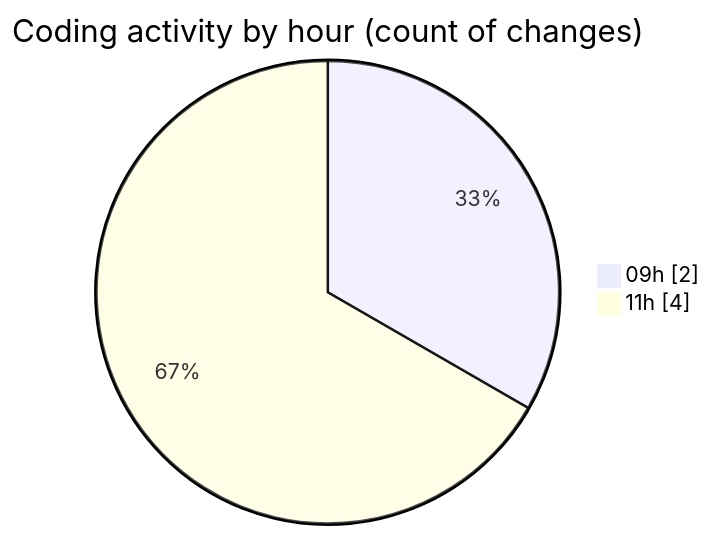
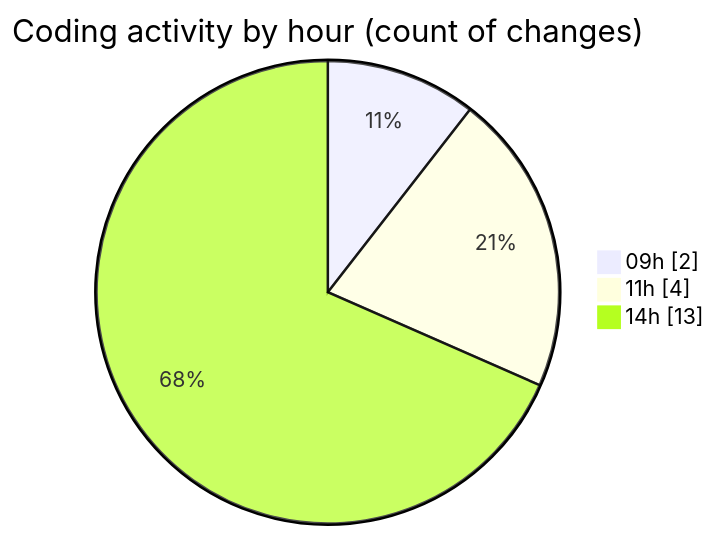
One commit to momahboobian/code-tracking changed the second of 2 diagrams in 2026-05-29/cda/README.md. Above: the diagram before and after it, drawn with Mermaid. The commit also changed other lines of this file and 1 other file, not shown here.

````diff
--- a/2026-05-29/cda/README.md
+++ b/2026-05-29/cda/README.md
@@ -30,6 +40,7 @@
 ```mermaid
 pie showData
 title Coding activity by hour (count of changes)
 "09h" : 2
 "11h" : 4
+"14h" : 13
 ```
````
